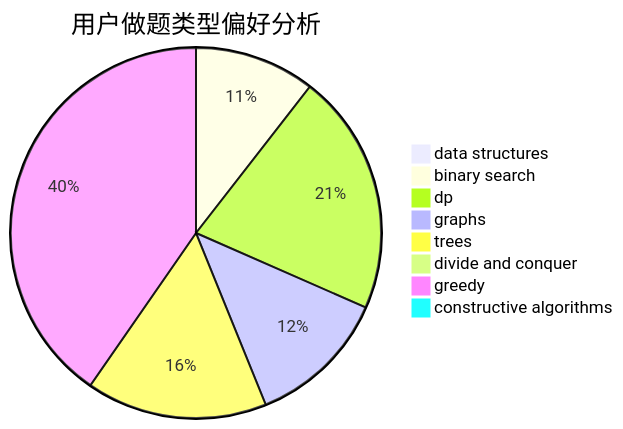
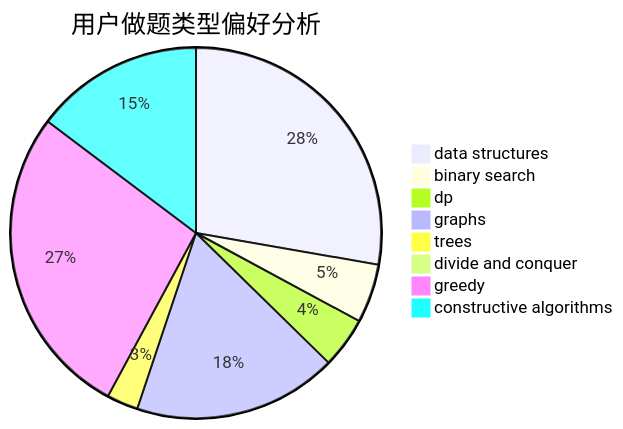
Before and after one commit to sherpahu/cfrs.github.io: the second of 3 diagrams in docs/user/u1174.md, drawn with Mermaid. The commit also changed other lines of this file and 2770 other files, not shown here.

````diff
--- a/docs/user/u1174.md
+++ b/docs/user/u1174.md
@@ -23,11 +23,11 @@
 ```mermaid
 pie title 用户做题类型偏好分析
-    "data structures" :  0
-    "binary search" :  6
-    "dp" :  12
-    "graphs" :  7
-    "trees" :  9
-    "divide and conquer" :  0
-    "greedy" :  23
-    "constructive algorithms" :  0
+    "data structures" :  81
+    "binary search" :  15
+    "dp" :  13
+    "graphs" :  52
+    "trees" :  8
+    "divide and conquer" :  1
+    "greedy" :  80
+    "constructive algorithms" :  43
 ```
````
